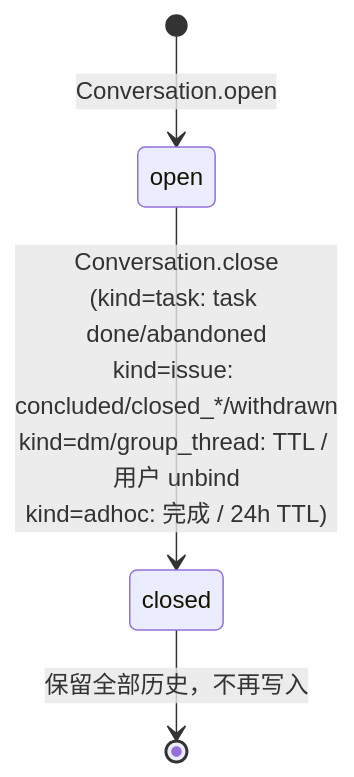
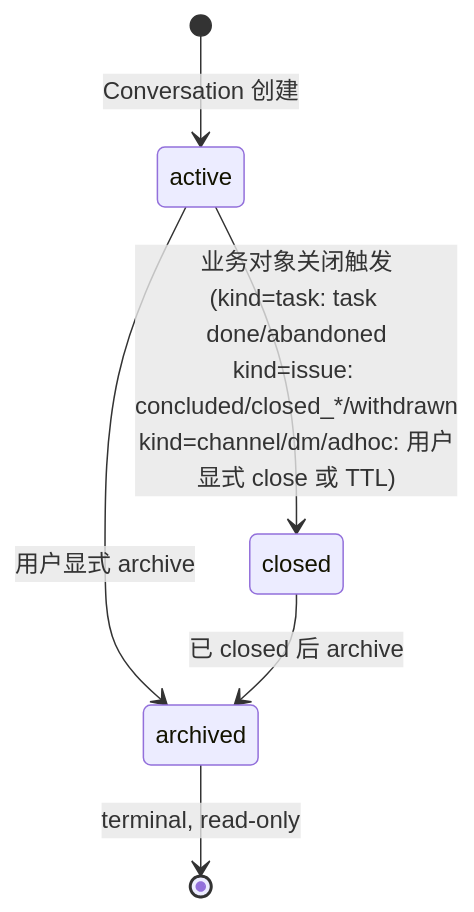
The diagram in docs/design/architecture/tactical/conversation/01-conversation.md (oopslink/agent-center), drawn with Mermaid before and after one commit. The commit also changed other lines of this file and 4 other files, not shown here.

First line of the commit message:
docs(v2): CV1 Conversation Channel 业务一等公民 + Conversation schema reset

````diff
--- a/docs/design/architecture/tactical/conversation/01-conversation.md
+++ b/docs/design/architecture/tactical/conversation/01-conversation.md
@@ -11,6 +11,8 @@
 ```mermaid
 stateDiagram-v2
-    [*] --> open: Conversation.open
-    open --> closed: Conversation.close<br/>(kind=task: task done/abandoned<br/>kind=issue: concluded/closed_*/withdrawn<br/>kind=dm/group_thread: TTL / 用户 unbind<br/>kind=adhoc: 完成 / 24h TTL)
-    closed --> [*]: 保留全部历史，不再写入
+    [*] --> active: Conversation 创建
+    active --> closed: 业务对象关闭触发<br/>(kind=task: task done/abandoned<br/>kind=issue: concluded/closed_*/withdrawn<br/>kind=channel/dm/adhoc: 用户显式 close 或 TTL)
+    active --> archived: 用户显式 archive
+    closed --> archived: 已 closed 后 archive
+    archived --> [*]: terminal, read-only
 ```
````
